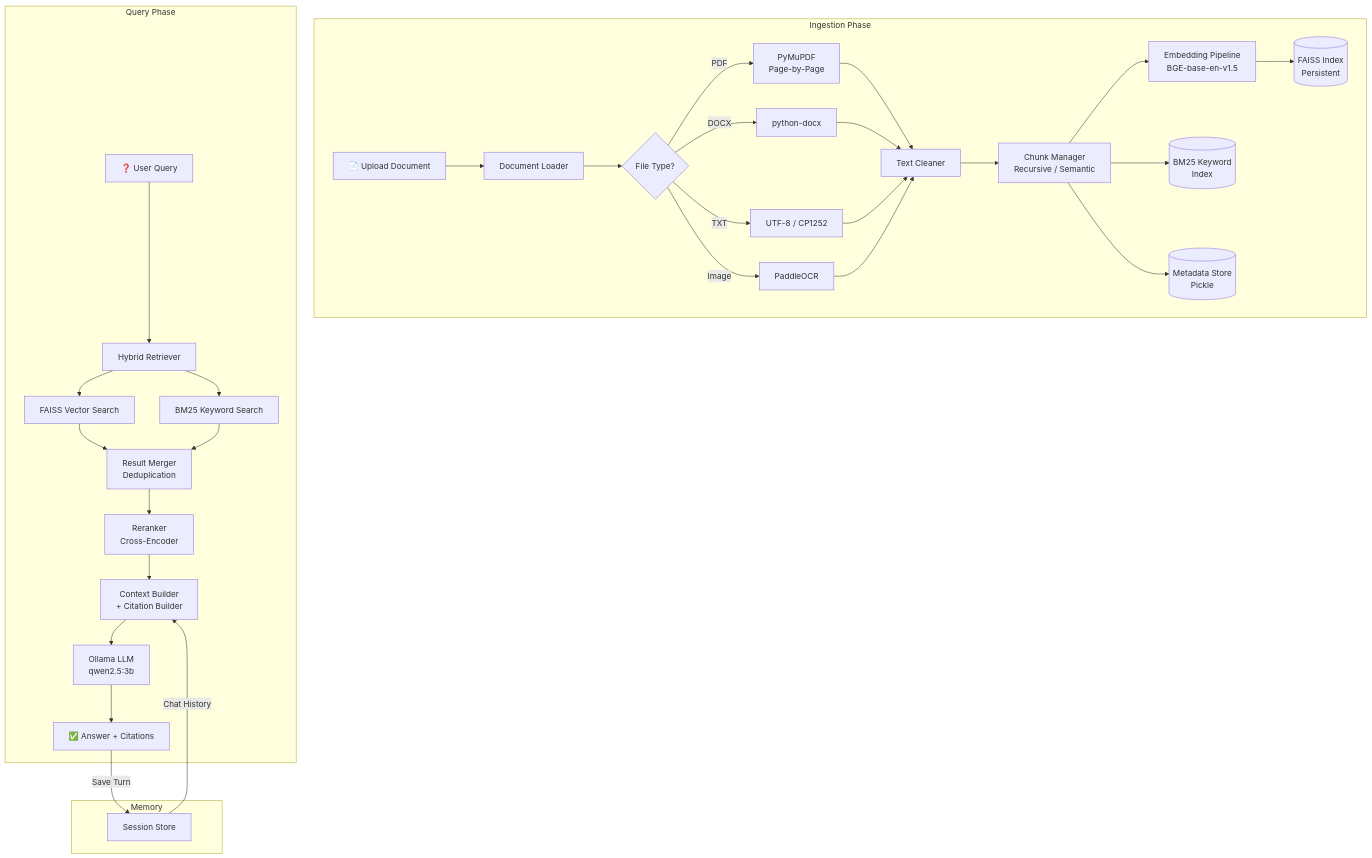
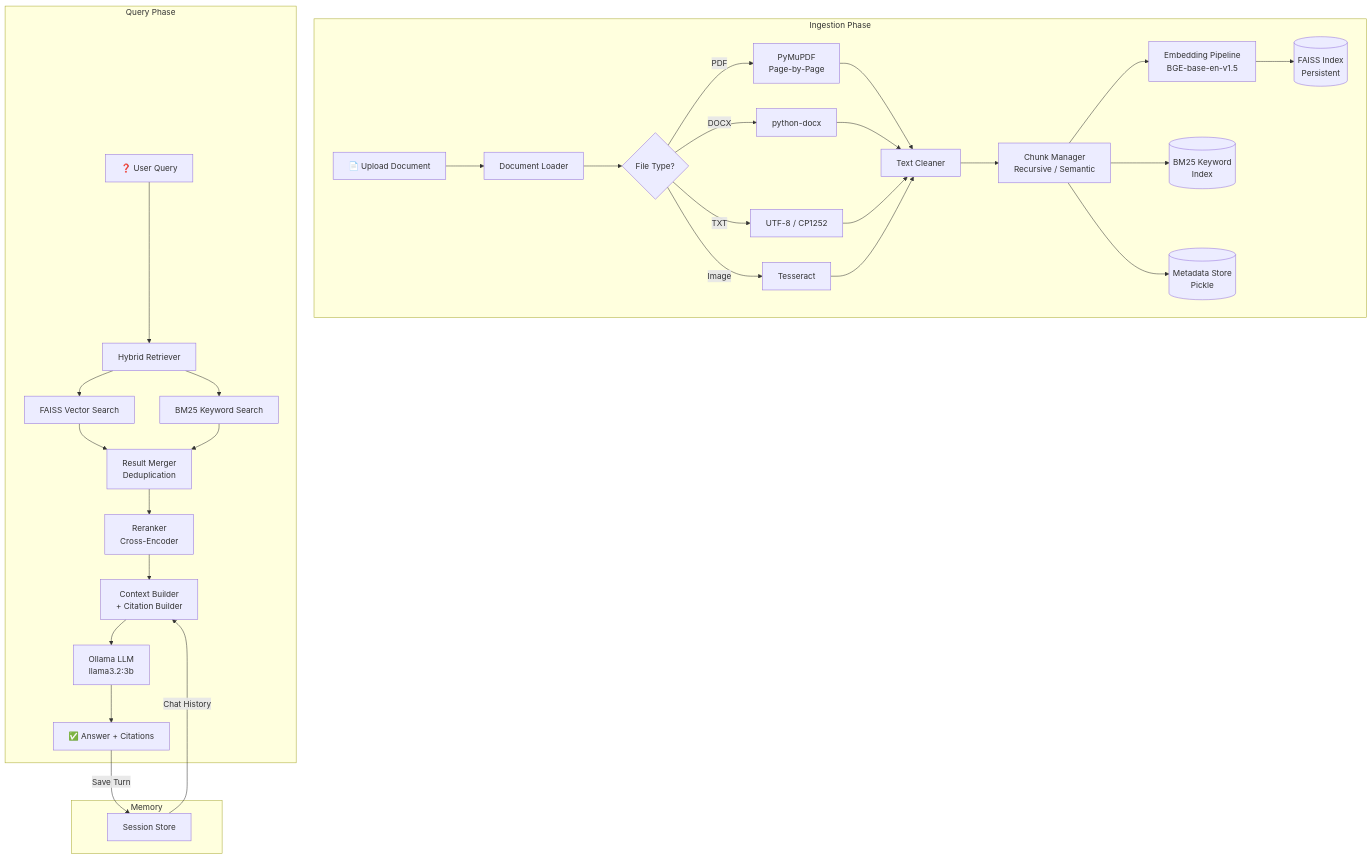
The diagram in README.md (transponster27/Autonomous-Multi-Agent-AI-Support-Orchestrator), drawn with Mermaid before and after one commit. The commit also changed 31 other files, not shown here.

````diff
--- a/README.md
+++ b/README.md
@@ -43,37 +43,37 @@
 ```mermaid
 graph TD
     subgraph Ingestion Phase
         A[📄 Upload Document] --> B[Document Loader]
         B --> C{File Type?}
         C -->|PDF| D[PyMuPDF<br/>Page-by-Page]
         C -->|DOCX| E[python-docx]
         C -->|TXT| F[UTF-8 / CP1252]
-        C -->|Image| G[PaddleOCR]
+        C -->|Image| G[Tesseract]
         D --> H[Text Cleaner]
         E --> H
         F --> H
         G --> H
         H --> I[Chunk Manager<br/>Recursive / Semantic]
         I --> J[Embedding Pipeline<br/>BGE-base-en-v1.5]
         J --> K[(FAISS Index<br/>Persistent)]
         I --> L[(BM25 Keyword<br/>Index)]
         I --> M[(Metadata Store<br/>Pickle)]
     end
 
     subgraph Query Phase
         N[❓ User Query] --> O[Hybrid Retriever]
         O --> P[FAISS Vector Search]
         O --> Q[BM25 Keyword Search]
         P --> R[Result Merger<br/>Deduplication]
         Q --> R
         R --> S[Reranker<br/>Cross-Encoder]
         S --> T[Context Builder<br/>+ Citation Builder]
-        T --> U[Ollama LLM<br/>qwen2.5:3b]
+        T --> U[Ollama LLM<br/>llama3.2:3b]
         U --> V[✅ Answer + Citations]
     end
 
     subgraph Memory
         W[Session Store] -->|Chat History| T
         V -->|Save Turn| W
     end
 ```
````
